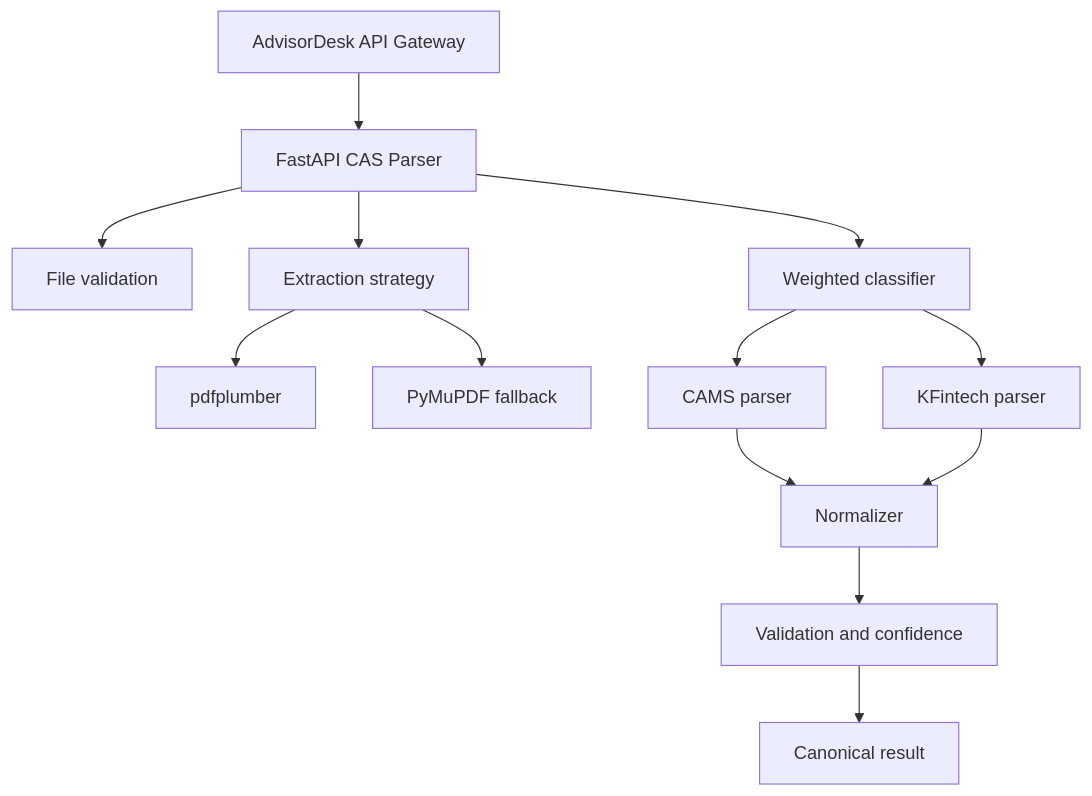
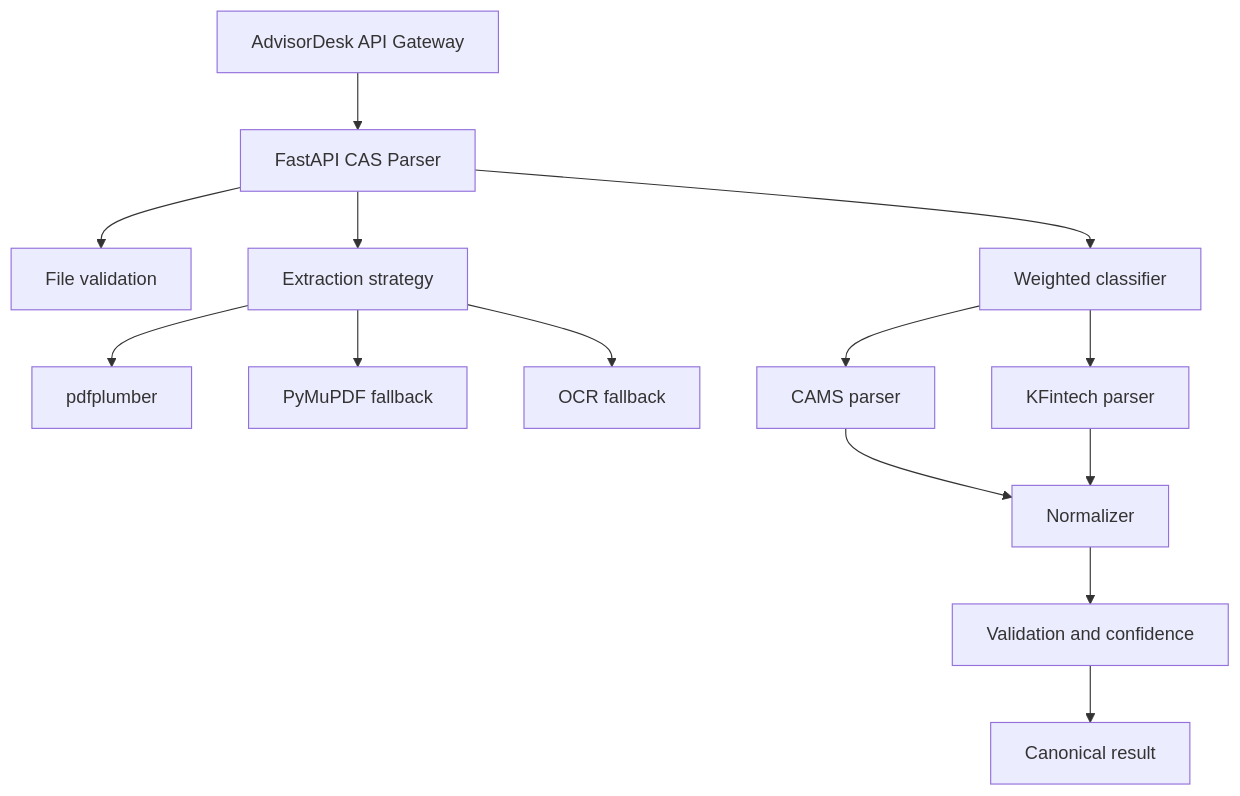
The diagram in docs/HLD.md (jayasuriya3/AVD-Microservice-Pdf-Parser), drawn with Mermaid before and after one commit. The commit also changed other lines of this file and 3 other files, not shown here.

````diff
--- a/docs/HLD.md
+++ b/docs/HLD.md
@@ -6,15 +8,16 @@
 ```mermaid
 flowchart TD
   A[AdvisorDesk API Gateway] --> B[FastAPI CAS Parser]
   B --> C[File validation]
   B --> D[Extraction strategy]
   D --> E[pdfplumber]
   D --> F[PyMuPDF fallback]
-  B --> G[Weighted classifier]
-  G --> H[CAMS parser]
-  G --> I[KFintech parser]
-  H --> J[Normalizer]
-  I --> J
-  J --> K[Validation and confidence]
-  K --> L[Canonical result]
+  D --> G[OCR fallback]
+  B --> H[Weighted classifier]
+  H --> I[CAMS parser]
+  H --> J[KFintech parser]
+  I --> K[Normalizer]
+  J --> K
+  K --> L[Validation and confidence]
+  L --> M[Canonical result]
 ```
````
